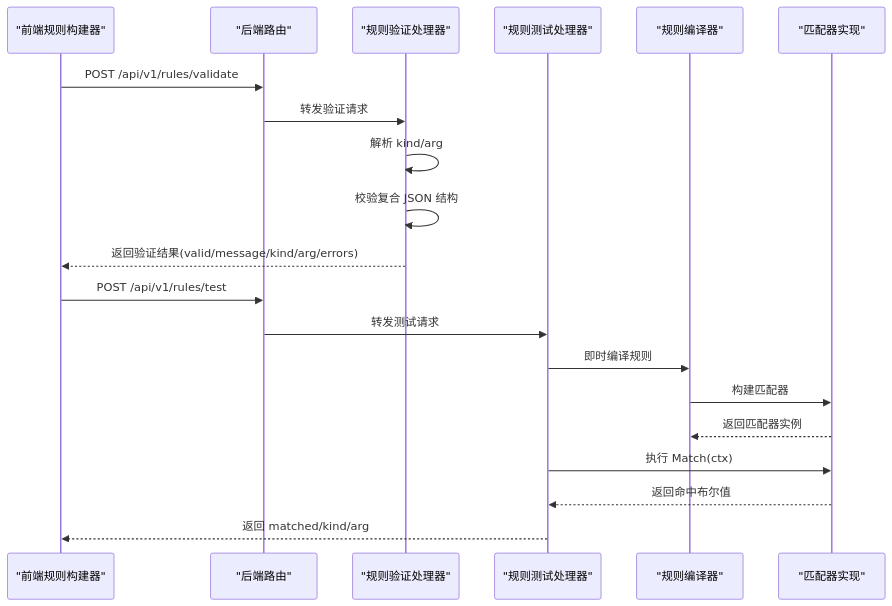
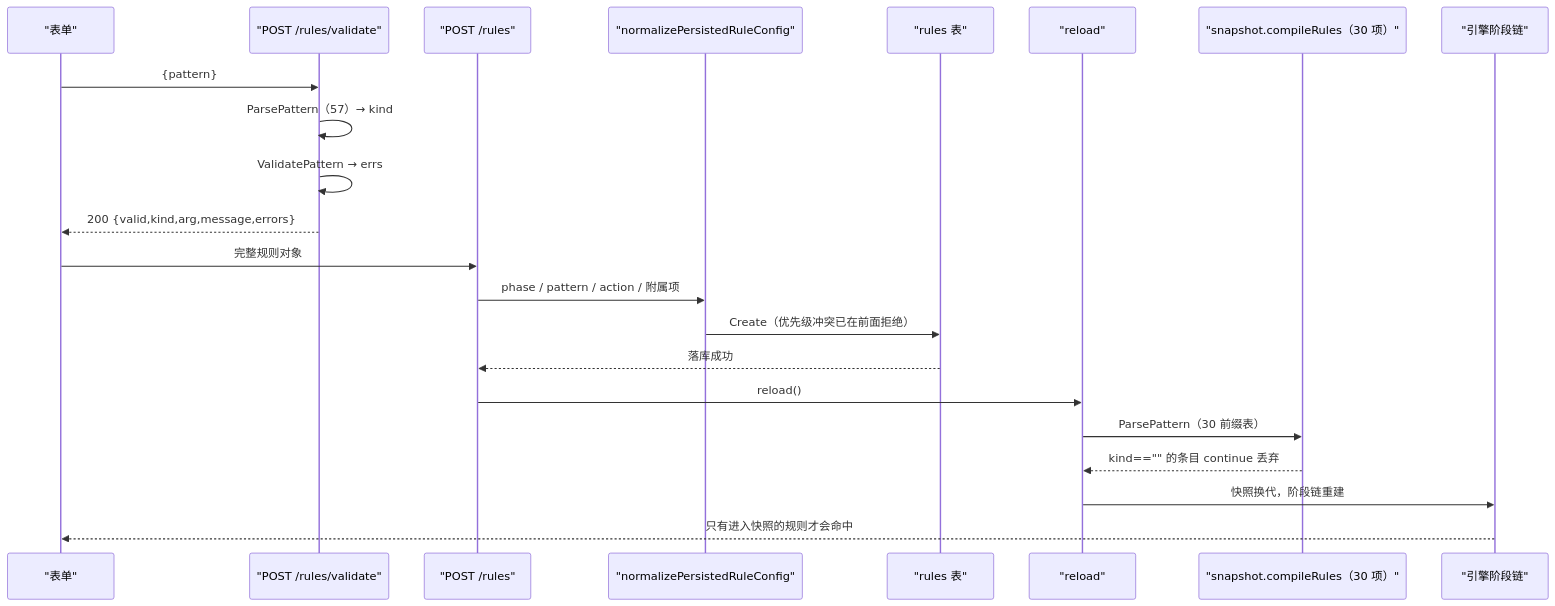
The third of 6 diagrams in docs/管理 API 系统/规则管理 API/规则验证与测试.md (x01n/My-OpenWaf), drawn with Mermaid before and after one commit. The commit also changed other lines of this file and 622 other files, not shown here.

````diff
--- a/docs/管理 API 系统/规则管理 API/规则验证与测试.md
+++ b/docs/管理 API 系统/规则管理 API/规则验证与测试.md
@@ -105,22 +189,24 @@
 ```mermaid
 sequenceDiagram
-participant FE as "前端规则构建器"
-participant API as "后端路由"
-participant VAL as "规则验证处理器"
-participant TEST as "规则测试处理器"
-participant COMP as "规则编译器"
-participant MATCH as "匹配器实现"
-FE->>API : POST /api/v1/rules/validate
-API->>VAL : 转发验证请求
-VAL->>VAL : 解析 kind/arg
-VAL->>VAL : 校验复合 JSON 结构
-VAL-->>FE : 返回验证结果(valid/message/kind/arg/errors)
-FE->>API : POST /api/v1/rules/test
-API->>TEST : 转发测试请求
-TEST->>COMP : 即时编译规则
-COMP->>MATCH : 构建匹配器
-MATCH-->>COMP : 返回匹配器实例
-TEST->>MATCH : 执行 Match(ctx)
-MATCH-->>TEST : 返回命中布尔值
-TEST-->>FE : 返回 matched/kind/arg
+participant FE as "表单"
+participant VA as "POST /rules/validate"
+participant CR as "POST /rules"
+participant NP as "normalizePersistedRuleConfig"
+participant DB as "rules 表"
+participant RL as "reload"
+participant SB as "snapshot.compileRules（30 项）"
+participant EN as "引擎阶段链"
+FE->>VA : {pattern}
+VA->>VA : ParsePattern（57）→ kind
+VA->>VA : ValidatePattern → errs
+VA-->>FE : 200 {valid,kind,arg,message,errors}
+FE->>CR : 完整规则对象
+CR->>NP : phase / pattern / action / 附属项
+NP->>DB : Create（优先级冲突已在前面拒绝）
+DB-->>CR : 落库成功
+CR->>RL : reload()
+RL->>SB : ParsePattern（30 前缀表）
+SB-->>RL : kind=="" 的条目 continue 丢弃
+RL->>EN : 快照换代，阶段链重建
+EN-->>FE : 只有进入快照的规则才会命中
 ```
````
